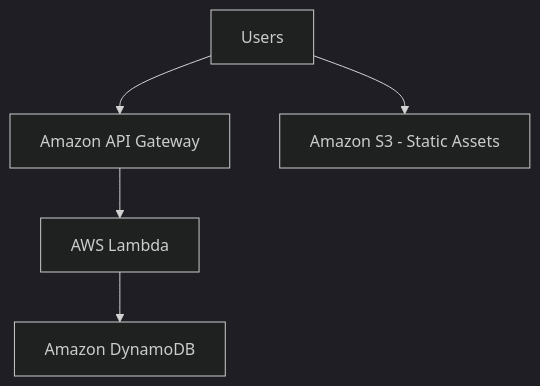
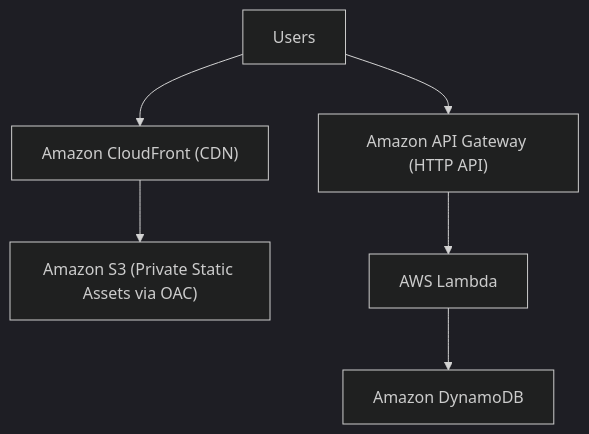
One commit to ocean-projects/aws-serverless-application changed the diagram in README.md. Above: the diagram before and after it, drawn with Mermaid (dark theme). The commit also changed other lines of this file and 10 other files, not shown here.

Commit message:
Refine README, finalize CloudFront + OAC architecture documentation

````diff
--- a/README.md
+++ b/README.md
@@ -26,10 +32,11 @@
 ```mermaid
 flowchart TD
     U[Users]
 
-    U --> APIGW["Amazon API Gateway"]
+    U --> CF["Amazon CloudFront (CDN)"]
+    CF --> S3["Amazon S3 (Private Static Assets via OAC)"]
+
+    U --> APIGW["Amazon API Gateway (HTTP API)"]
     APIGW --> L["AWS Lambda"]
     L --> DDB["Amazon DynamoDB"]
-
-    U --> S3["Amazon S3 - Static Assets"]
 ```
````
